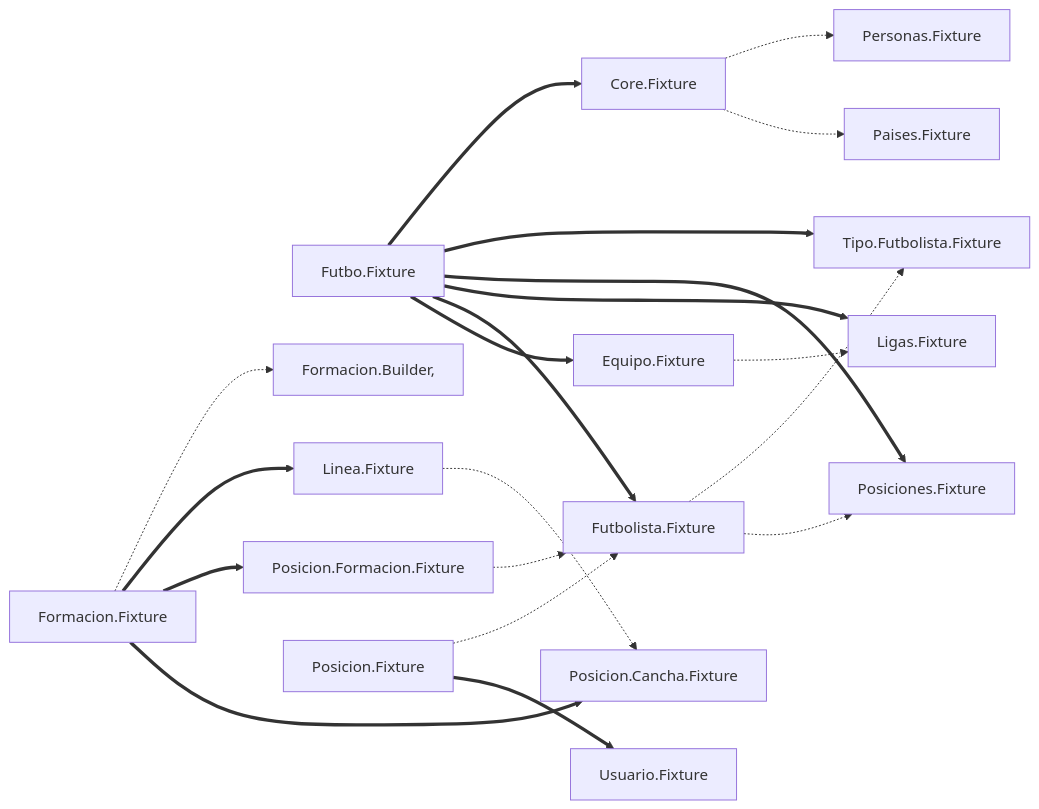
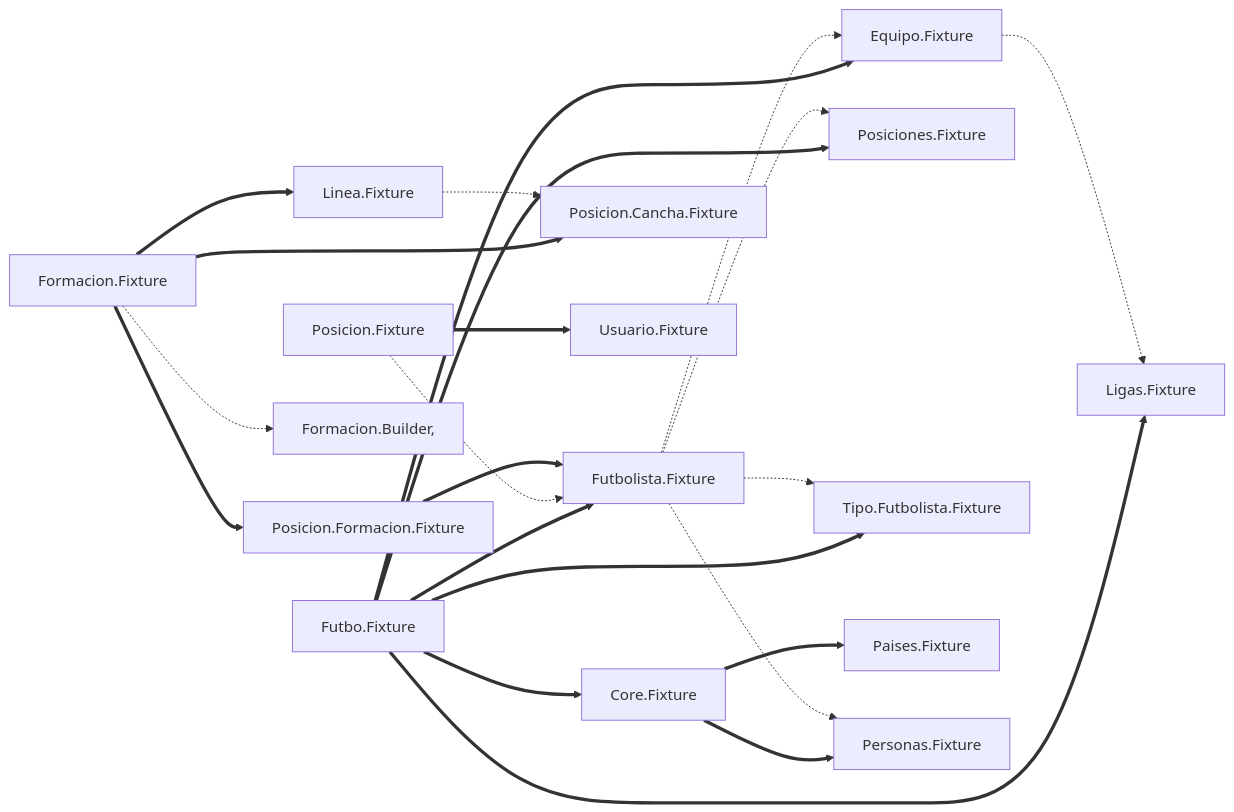
The diagram in src/Fulbo12.Core.Test/Fixtures/Formacion/README.md (josesinio/Fulbo12), drawn with Mermaid before and after one commit. The commit also changed 3 other files, not shown here.

````diff
--- a/src/Fulbo12.Core.Test/Fixtures/Formacion/README.md
+++ b/src/Fulbo12.Core.Test/Fixtures/Formacion/README.md
@@ -3,31 +3,33 @@
 ```mermaid
 flowchart LR
 
 Futbo.Fixture ==> Equipo.Fixture 
 Futbo.Fixture ==> Futbolista.Fixture
 Futbo.Fixture ==> Ligas.Fixture
 Futbo.Fixture ==> Posiciones.Fixture
 Futbo.Fixture ==> Tipo.Futbolista.Fixture
 Futbo.Fixture ==>  Core.Fixture
 
 
 
 
 Formacion.Fixture==>Posicion.Cancha.Fixture;
 Formacion.Fixture==>Posicion.Formacion.Fixture;
 Formacion.Fixture==>Linea.Fixture;
 Formacion.Fixture-.->Formacion.Builder,
 
 Posicion.Fixture ==>Usuario.Fixture
 
-Core.Fixture-.->Paises.Fixture;
-Core.Fixture-.->Personas.Fixture;
+Core.Fixture==>Paises.Fixture;
+Core.Fixture==>Personas.Fixture;
 
 Equipo.Fixture-.->Ligas.Fixture;
 Posicion.Fixture-.->Futbolista.Fixture;
-Posicion.Formacion.Fixture-.->Futbolista.Fixture;
+Posicion.Formacion.Fixture==>Futbolista.Fixture;
 Futbolista.Fixture-.->Posiciones.Fixture;
 Futbolista.Fixture-.-> Tipo.Futbolista.Fixture;
+Futbolista.Fixture-.->Personas.Fixture;
+Futbolista.Fixture-.->Equipo.Fixture;
 Linea.Fixture-.->Posicion.Cancha.Fixture;;
 
 ```
````
